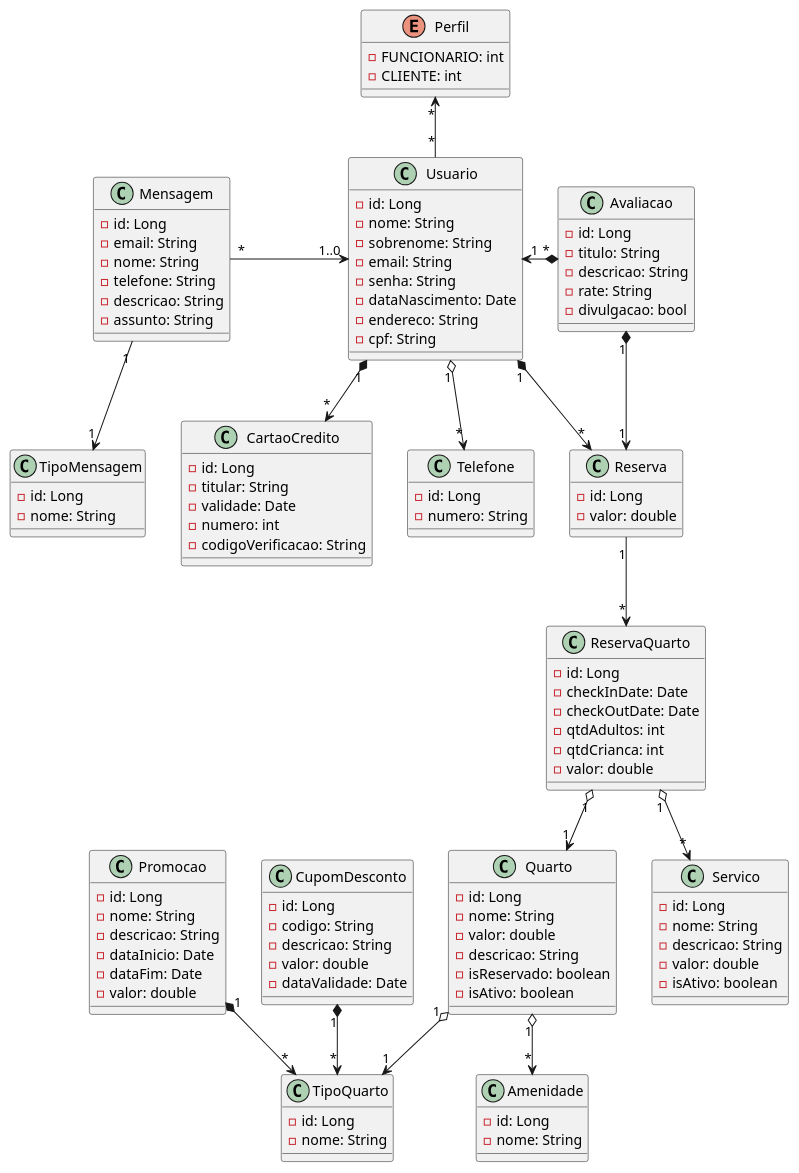
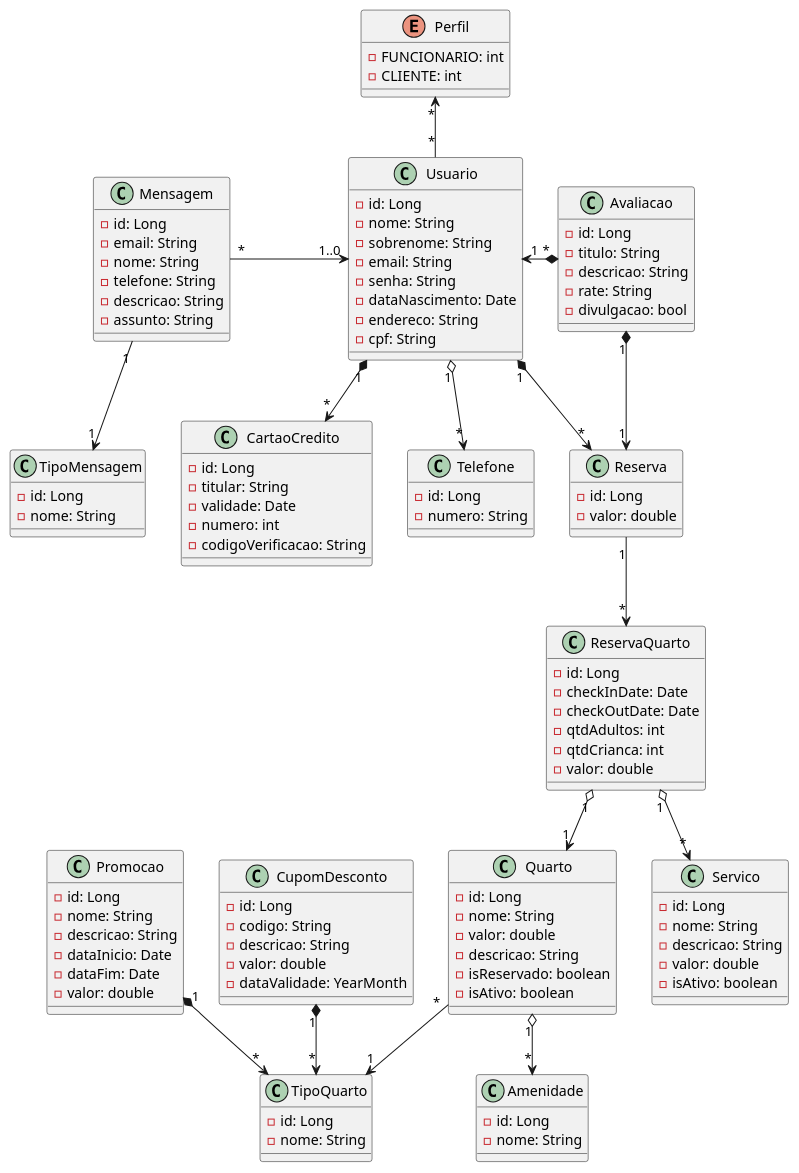
One commit to Juliana-Paz/quarkus-hotel changed the diagram in src/main/resources/documents/Uml_Hotel_Final.puml. Above: the diagram before and after it, drawn with PlantUML. The commit also changed 31 other files, not shown here.

Commit message:
DTOs e TipoQuartoService

```diff
--- a/src/main/resources/documents/Uml_Hotel_Final.puml
+++ b/src/main/resources/documents/Uml_Hotel_Final.puml
@@ -1,129 +1,129 @@
 @startuml OasisHotel
 
 class Usuario {
     - id: Long
     - nome: String
     - sobrenome: String
     - email: String
     - senha: String
     - dataNascimento: Date
     - endereco: String
     - cpf: String
 }
 
 enum Perfil {
     - FUNCIONARIO: int
     - CLIENTE: int
 }
 
 class Telefone {
     - id: Long
     - numero: String
 }
 
 class Quarto {
     - id: Long
     - nome: String
     - valor: double
     - descricao: String
     - isReservado: boolean
     - isAtivo: boolean
 }
 
 class TipoQuarto {
     - id: Long
     - nome: String
 }
 
 class Amenidade {
     - id: Long
     - nome: String
 }
 
 class Promocao {
     - id: Long
     - nome: String
     - descricao: String
     - dataInicio: Date
     - dataFim: Date
     - valor: double
 }
 
 class ReservaQuarto {
     - id: Long
     - checkInDate: Date
     - checkOutDate: Date
     - qtdAdultos: int
     - qtdCrianca: int
     - valor: double
 }
 
 class Servico {
     - id: Long
     - nome: String
     - descricao: String
     - valor: double
     - isAtivo: boolean
 }
 
 class Reserva {
     - id: Long
     - valor: double
 }
 
 class CartaoCredito {
     - id: Long
     - titular: String
     - validade: Date
     - numero: int 
     - codigoVerificacao: String
 }
 
 class CupomDesconto {
     - id: Long
     - codigo: String
     - descricao: String
     - valor: double
-    - dataValidade: Date
+    - dataValidade: YearMonth
 }
 
 class Avaliacao {
     - id: Long
     - titulo: String
     - descricao: String
     - rate: String
     - divulgacao: bool
 }
 
 class Mensagem {
     - id: Long
     - email: String
     - nome: String
     - telefone: String
     - descricao: String
     - assunto: String
 }
 
 class TipoMensagem {
     - id: Long
     - nome: String
 }
 
 Usuario "1" o--> "*" Telefone
 Usuario "*" -up-> "*" Perfil
 Usuario "1" *--> "*" CartaoCredito
 Mensagem "*" -right-> "1..0" Usuario
 Mensagem "1" --> "1" TipoMensagem
 Avaliacao "*" *-left-> "1" Usuario
 Avaliacao "1" *--> "1" Reserva
 Usuario "1" *--> "*" Reserva
 Reserva "1" --> "*" ReservaQuarto
 ReservaQuarto "1" o--> "*" Servico
 ReservaQuarto "1" o--> "1" Quarto
 Quarto "1" o--> "*" Amenidade
-Quarto "1" o--> "1" TipoQuarto
+Quarto "*" --> "1" TipoQuarto
 Promocao "1" *--> "*" TipoQuarto
 CupomDesconto "1" *--> "*" TipoQuarto
 
 
 @enduml
```
